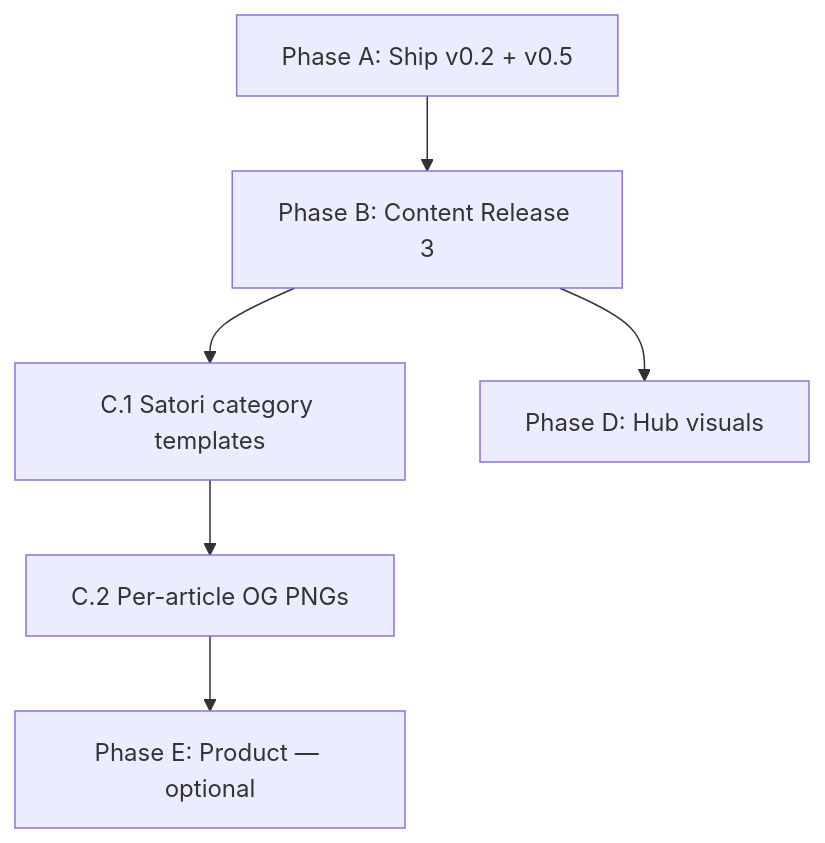
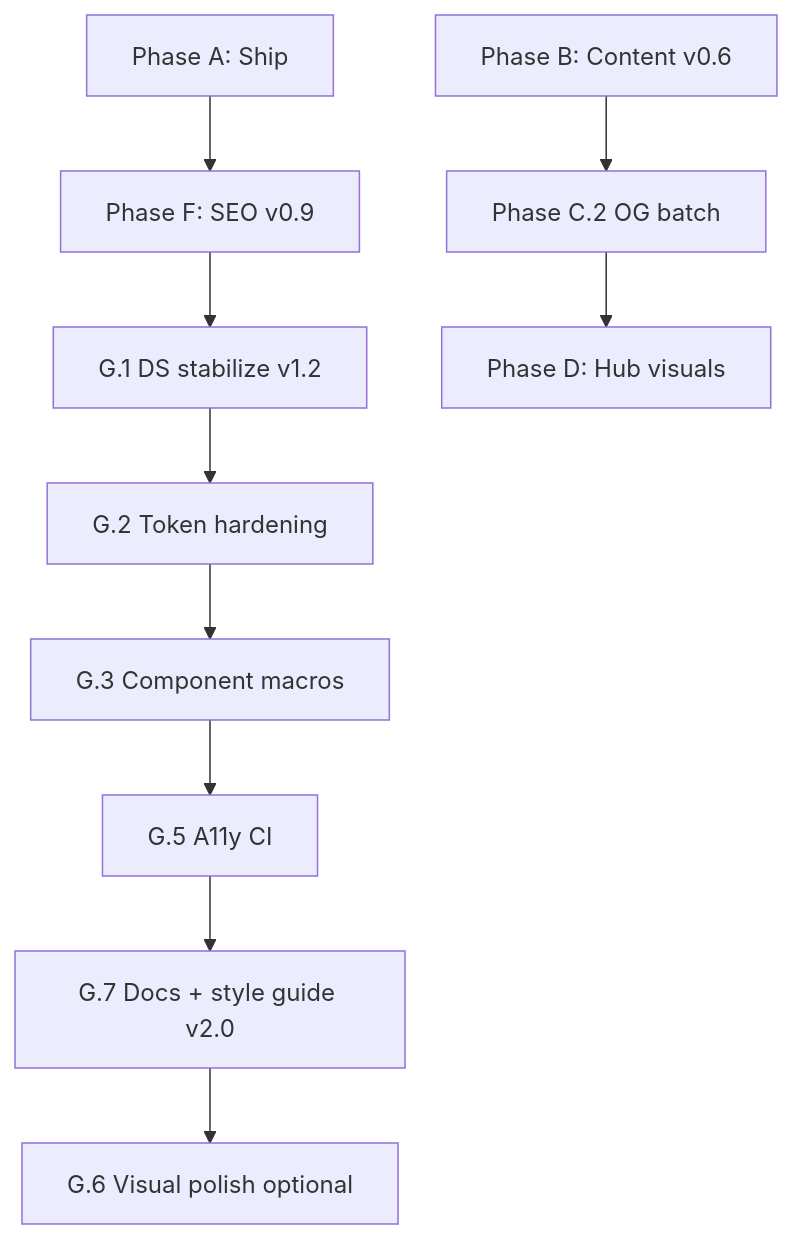
The diagram in todo.md (DITreneris/blog), drawn with Mermaid before and after one commit. The commit also changed other lines of this file and 118 other files, not shown here.

First line of the commit message:
Release v2.0.0: Satori OG batch, SEO hardening, Design System v2.0.

````diff
--- a/todo.md
+++ b/todo.md
@@ -238,8 +527,12 @@
 ```mermaid
 flowchart TD
-  A[Phase A: Ship v0.2 + v0.5] --> B[Phase B: Content Release 3]
-  B --> C1[C.1 Satori category templates]
-  C1 --> C2[C.2 Per-article OG PNGs]
-  B --> D[Phase D: Hub visuals]
-  C2 --> E[Phase E: Product — optional]
+  A[Phase A: Ship] --> F[Phase F: SEO v0.9]
+  F --> G1[G.1 DS stabilize v1.2]
+  G1 --> G2[G.2 Token hardening]
+  G2 --> G3[G.3 Component macros]
+  G3 --> G5[G.5 A11y CI]
+  G5 --> G7[G.7 Docs + style guide v2.0]
+  B[Phase B: Content v0.6] --> C2[Phase C.2 OG batch]
+  C2 --> D[Phase D: Hub visuals]
+  G7 --> G6[G.6 Visual polish optional]
 ```
````
